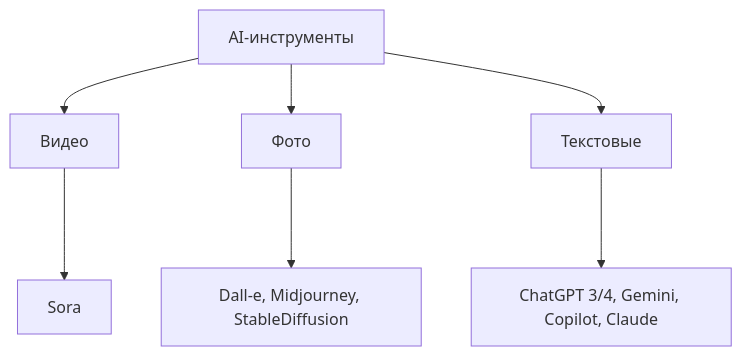
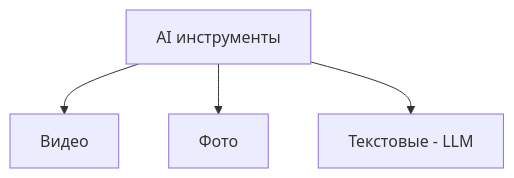
One commit to mnik01/ai-tools-meet changed the diagram in slides.md. Above: the diagram before and after it, drawn with Mermaid. The commit also changed other lines of this file and 4 other files, not shown here.

````diff
--- a/slides.md
+++ b/slides.md
@@ -81,6 +73,6 @@
 ```mermaid
 graph TD;
-    AI-инструменты --> Видео ---> A[Sora];
-    AI-инструменты --> Фото ---> B[Dall-e, Midjourney, StableDiffusion];
-    AI-инструменты --> Текстовые ---> C[ChatGPT 3/4, Gemini, Copilot, Claude];
+    Z[AI инструменты] --> Видео;
+    Z[AI инструменты] --> Фото;
+    Z[AI инструменты] --> X[Текстовые - LLM];
 ```
````
